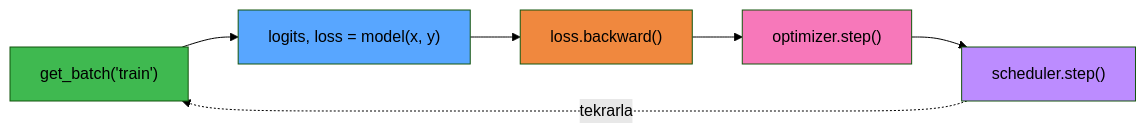
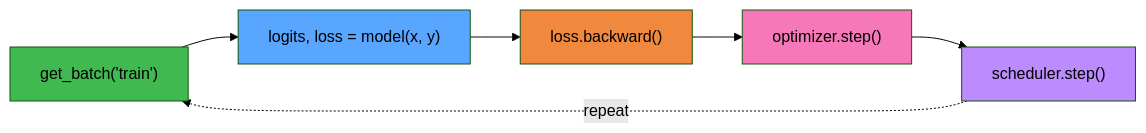
The fifth of 6 diagrams in README.md (gocenalper/nano-gpt), drawn with Mermaid (forest theme) before and after one commit. The commit also changed other lines of this file and 3 other files, not shown here.

````diff
--- a/README.md
+++ b/README.md
@@ -255,14 +255,14 @@
 ```mermaid
 flowchart LR
     A["get_batch('train')"] --> B["logits, loss = model(x, y)"]
     B --> C["loss.backward()"]
     C --> D["optimizer.step()"]
     D --> E["scheduler.step()"]
-    E -. tekrarla .-> A
+    E -. repeat .-> A
 
     style A fill:#3fb950,color:#000
     style B fill:#58a6ff,color:#000
     style C fill:#f0883e,color:#000
     style D fill:#f778ba,color:#000
     style E fill:#bc8cff,color:#000
 ```
````
